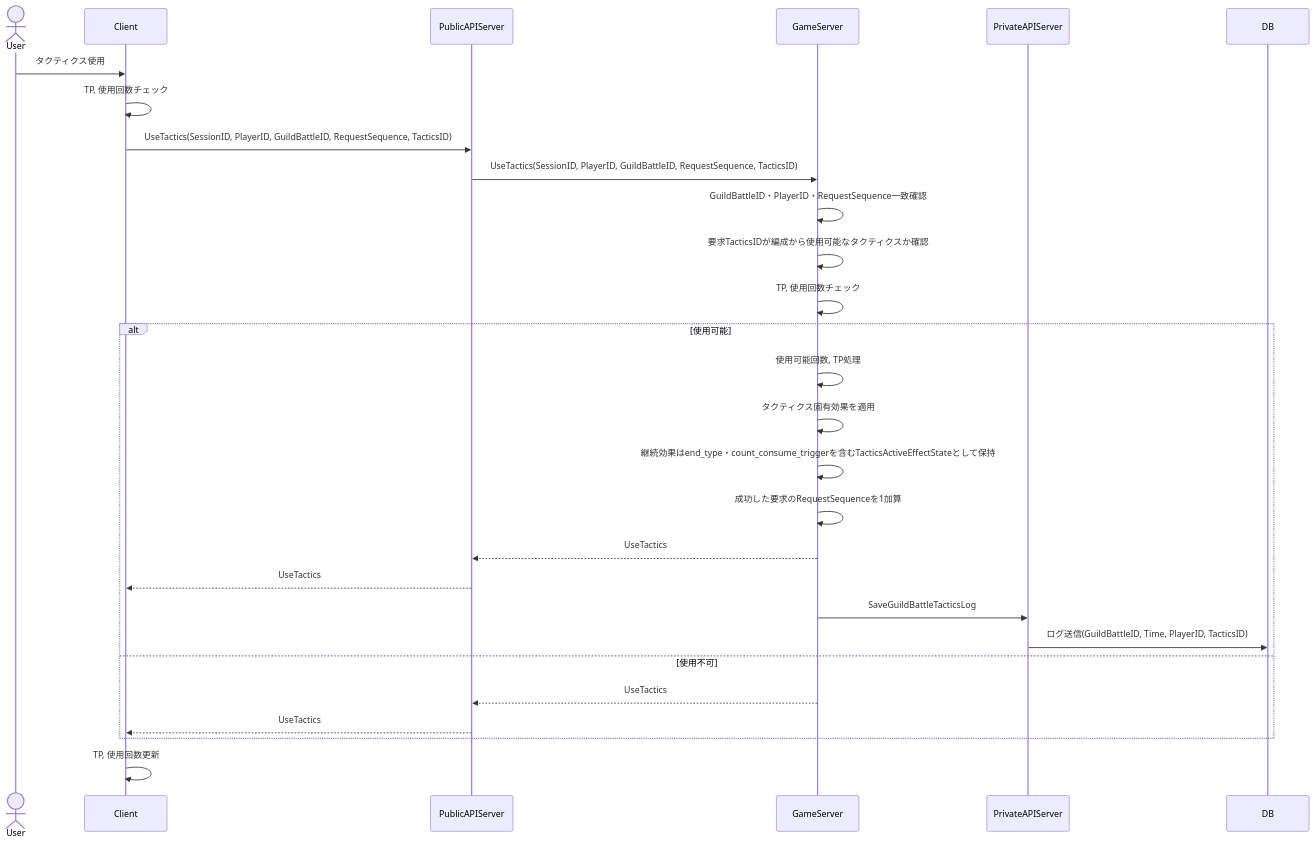
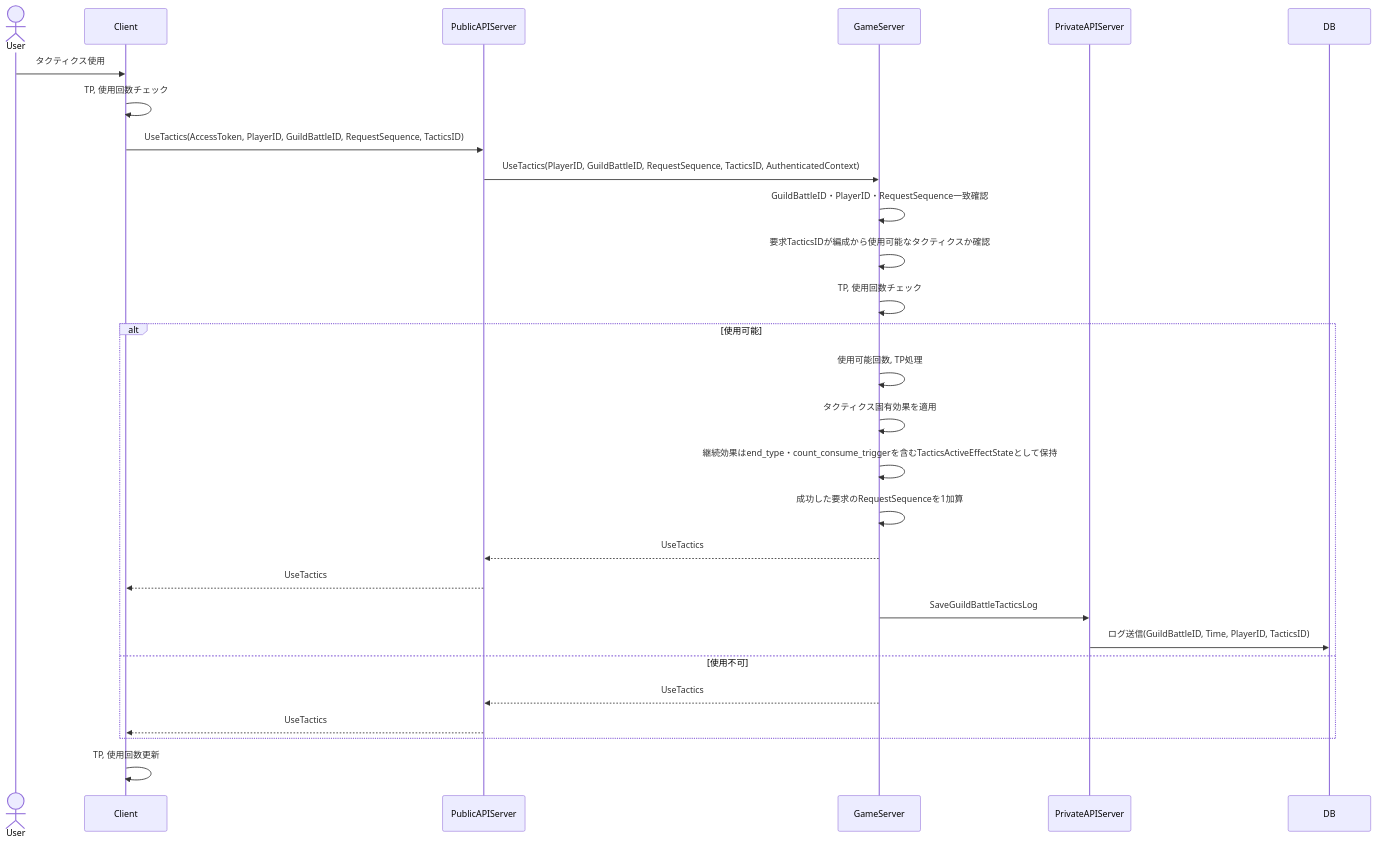
The eighth of 16 diagrams in design/guild_battle.md (ReHydrangeaOdyssey/Specifications), drawn with Mermaid before and after one commit. The commit also changed other lines of this file and 18 other files, not shown here.

````diff
--- a/design/guild_battle.md
+++ b/design/guild_battle.md
@@ -330,35 +346,35 @@
 ``` mermaid
 sequenceDiagram
     actor User
     participant Client
     participant PublicAPIServer
     participant GameServer
     participant PrivateAPIServer
     participant DB
 
     User->>Client: タクティクス使用
     Client->>Client: TP, 使用回数チェック
-    Client->>PublicAPIServer: UseTactics(SessionID, PlayerID, GuildBattleID, RequestSequence, TacticsID)
-    PublicAPIServer->>GameServer: UseTactics(SessionID, PlayerID, GuildBattleID, RequestSequence, TacticsID)
+    Client->>PublicAPIServer: UseTactics(AccessToken, PlayerID, GuildBattleID, RequestSequence, TacticsID)
+    PublicAPIServer->>GameServer: UseTactics(PlayerID, GuildBattleID, RequestSequence, TacticsID, AuthenticatedContext)
 
     GameServer->>GameServer: GuildBattleID・PlayerID・RequestSequence一致確認
     GameServer->>GameServer: 要求TacticsIDが編成から使用可能なタクティクスか確認
     GameServer->>GameServer: TP, 使用回数チェック
 
     alt 使用可能
         GameServer->>GameServer: 使用可能回数, TP処理
         GameServer->>GameServer: タクティクス固有効果を適用
         GameServer->>GameServer: 継続効果はend_type・count_consume_triggerを含むTacticsActiveEffectStateとして保持
         GameServer->>GameServer: 成功した要求のRequestSequenceを1加算
         GameServer-->>PublicAPIServer: UseTactics
         PublicAPIServer-->>Client: UseTactics
 
         GameServer ->> PrivateAPIServer: SaveGuildBattleTacticsLog
         PrivateAPIServer ->> DB: ログ送信(GuildBattleID, Time, PlayerID, TacticsID)
     else 使用不可
         GameServer-->>PublicAPIServer: UseTactics
         PublicAPIServer-->>Client: UseTactics
     end
     
     Client->>Client: TP, 使用回数更新
 ```
````
